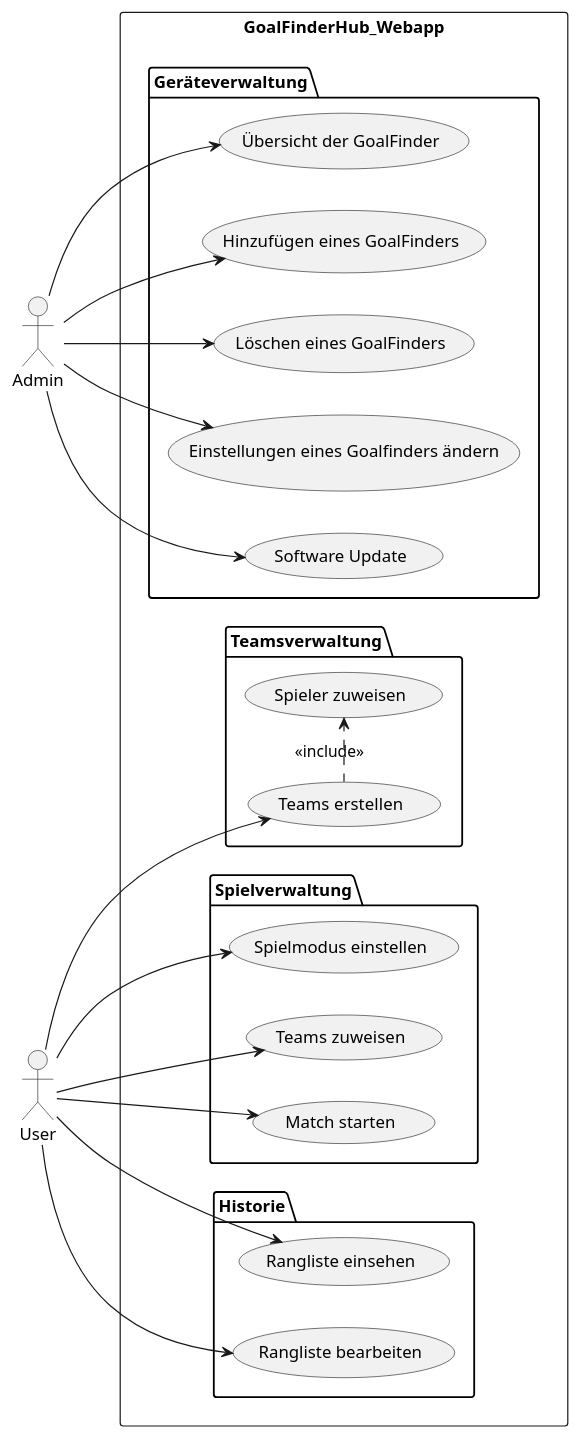
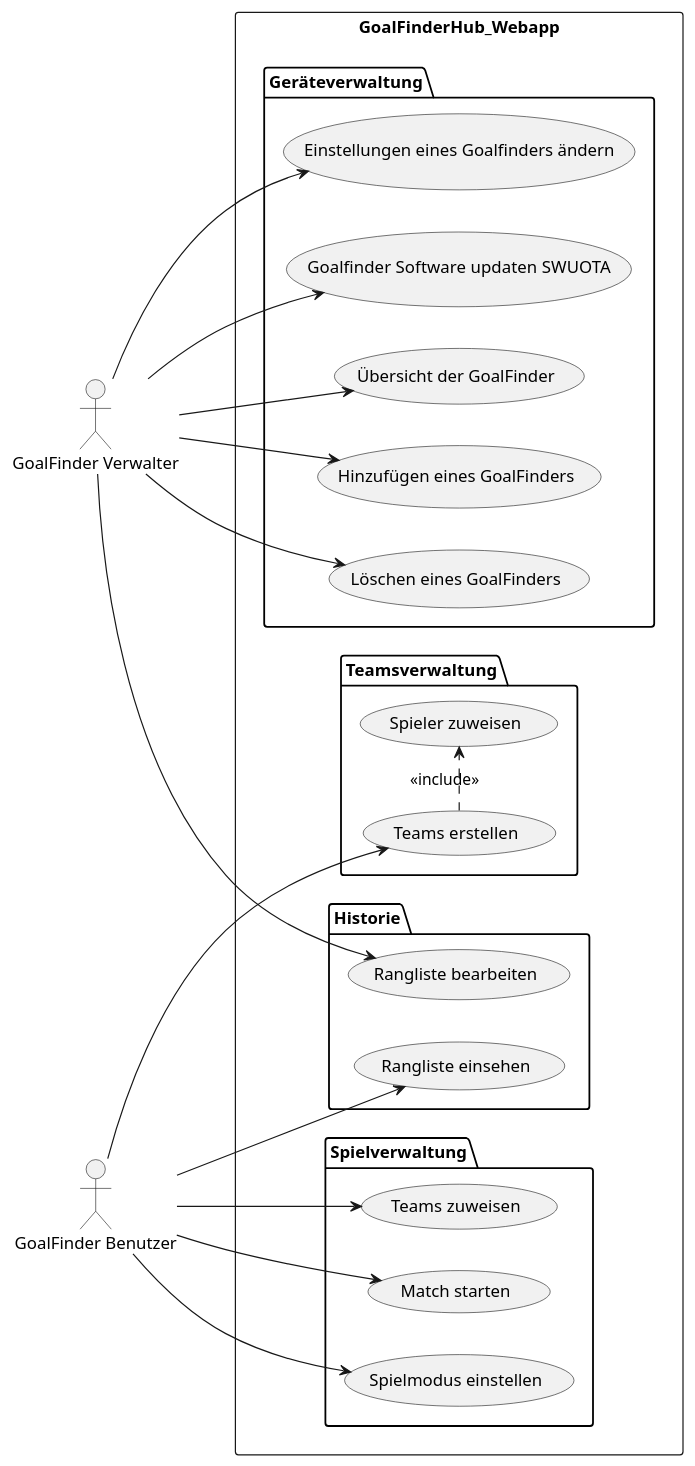
The diagram in UCD.puml (2425-3BHIF-WMC-SYP/GoalFinderHub), drawn with PlantUML before and after one commit.

Commit message:
updated ucd

```diff
--- a/UCD.puml
+++ b/UCD.puml
@@ -1,42 +1,42 @@
 @startuml UCD
 left to right direction
 
 rectangle GoalFinderHub_Webapp {
     package "Geräteverwaltung" {
         (Übersicht der GoalFinder)
         (Hinzufügen eines GoalFinders)
         (Löschen eines GoalFinders)
         (Einstellungen eines Goalfinders ändern)
-        (Software Update)
+        (Goalfinder Software updaten SWUOTA)
     }
     package "Spielverwaltung" {
         (Spielmodus einstellen)
         (Teams zuweisen)
         (Match starten)
     }
+    package "Historie" {
+        (Rangliste einsehen)
+        (Rangliste bearbeiten)
+    }
     package "Teamsverwaltung" {
         (Teams erstellen)
         (Spieler zuweisen)
     }
-    package "Historie" {
-        (Rangliste einsehen)
-        (Rangliste bearbeiten)
-    }
 }
 
-:Admin: --> (Übersicht der GoalFinder)
-:Admin: --> (Hinzufügen eines GoalFinders)
-:Admin: --> (Löschen eines GoalFinders)
-:Admin: --> (Einstellungen eines Goalfinders ändern)
-:Admin: --> (Software Update)
+:GoalFinder Verwalter: --> (Übersicht der GoalFinder)
+:GoalFinder Verwalter: --> (Hinzufügen eines GoalFinders)
+:GoalFinder Verwalter: --> (Löschen eines GoalFinders)
+:GoalFinder Verwalter: --> (Einstellungen eines Goalfinders ändern)
+:GoalFinder Verwalter: --> (Goalfinder Software updaten SWUOTA)
 
-:User: --> (Spielmodus einstellen)
-:User: --> (Teams erstellen)
-:User: --> (Teams zuweisen)
-:User: --> (Match starten)
-:User: --> (Rangliste einsehen)
-:User: --> (Rangliste bearbeiten)
+:GoalFinder Benutzer: --> (Spielmodus einstellen)
+:GoalFinder Benutzer: --> (Teams erstellen)
+:GoalFinder Benutzer: --> (Teams zuweisen)
+:GoalFinder Benutzer: --> (Match starten)
+:GoalFinder Benutzer: --> (Rangliste einsehen)
+:GoalFinder Verwalter: --> (Rangliste bearbeiten)
 
 
 (Teams erstellen) .> (Spieler zuweisen) : <<include>>
 @enduml
```
